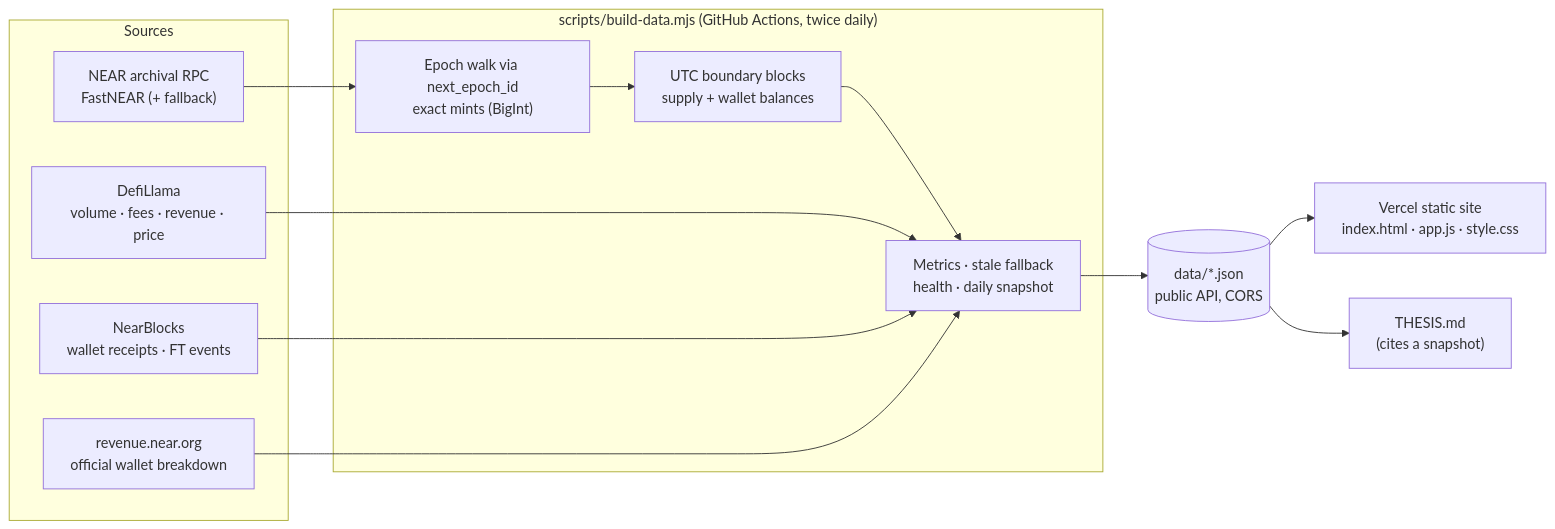
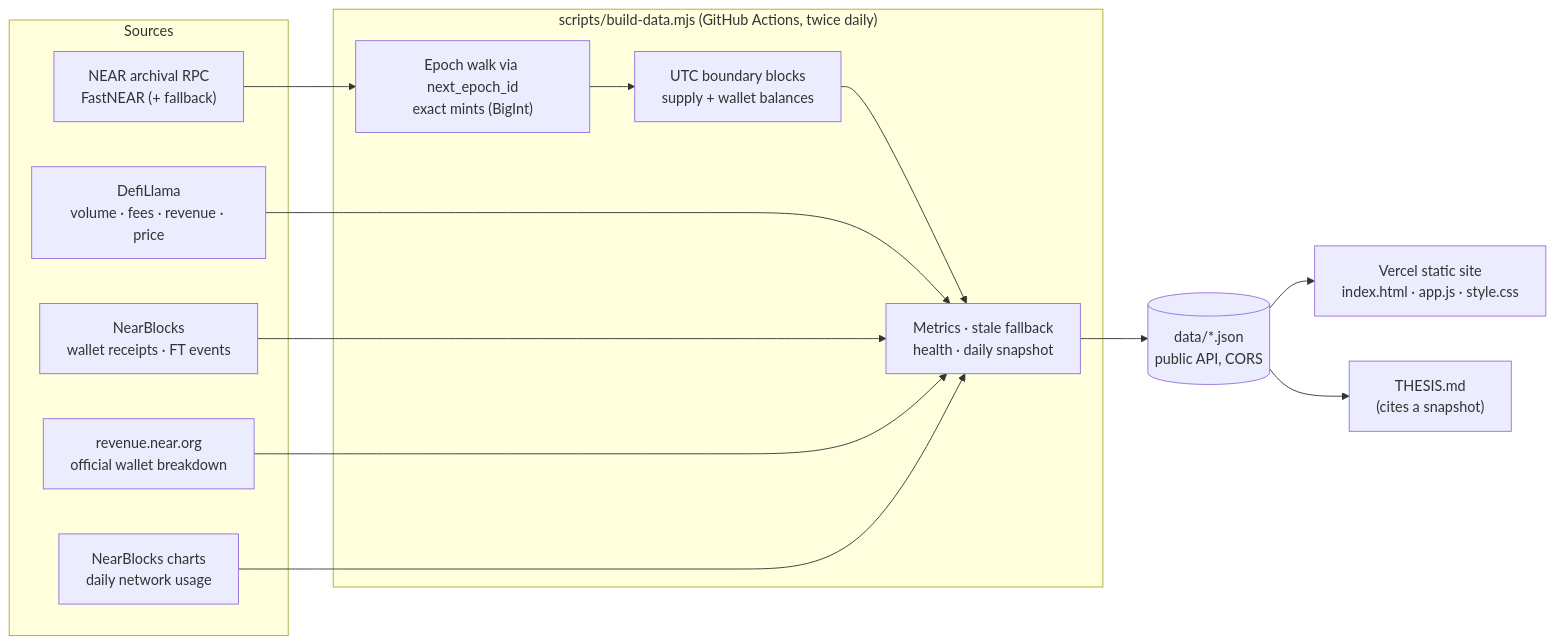
One commit to Damianonyx/NEARparity changed the diagram in README.md. Above: the diagram before and after it, drawn with Mermaid. The commit also changed other lines of this file and 18 other files, not shown here.

````diff
--- a/README.md
+++ b/README.md
@@ -31,21 +31,23 @@
 ```mermaid
 flowchart LR
   subgraph Sources
     RPC["NEAR archival RPC<br/>FastNEAR (+ fallback)"]
     LL["DefiLlama<br/>volume · fees · revenue · price"]
     NB["NearBlocks<br/>wallet receipts · FT events"]
     RD["revenue.near.org<br/>official wallet breakdown"]
+    NC["NearBlocks charts<br/>daily network usage"]
   end
   subgraph Build["scripts/build-data.mjs (GitHub Actions, twice daily)"]
     W["Epoch walk via next_epoch_id<br/>exact mints (BigInt)"]
     B["UTC boundary blocks<br/>supply + wallet balances"]
     M["Metrics · stale fallback<br/>health · daily snapshot"]
   end
   RPC --> W --> B --> M
   LL --> M
   NB --> M
   RD --> M
+  NC --> M
   M --> D[("data/*.json<br/>public API, CORS")]
   D --> V["Vercel static site<br/>index.html · app.js · style.css"]
   D --> T["THESIS.md<br/>(cites a snapshot)"]
 ```
````
